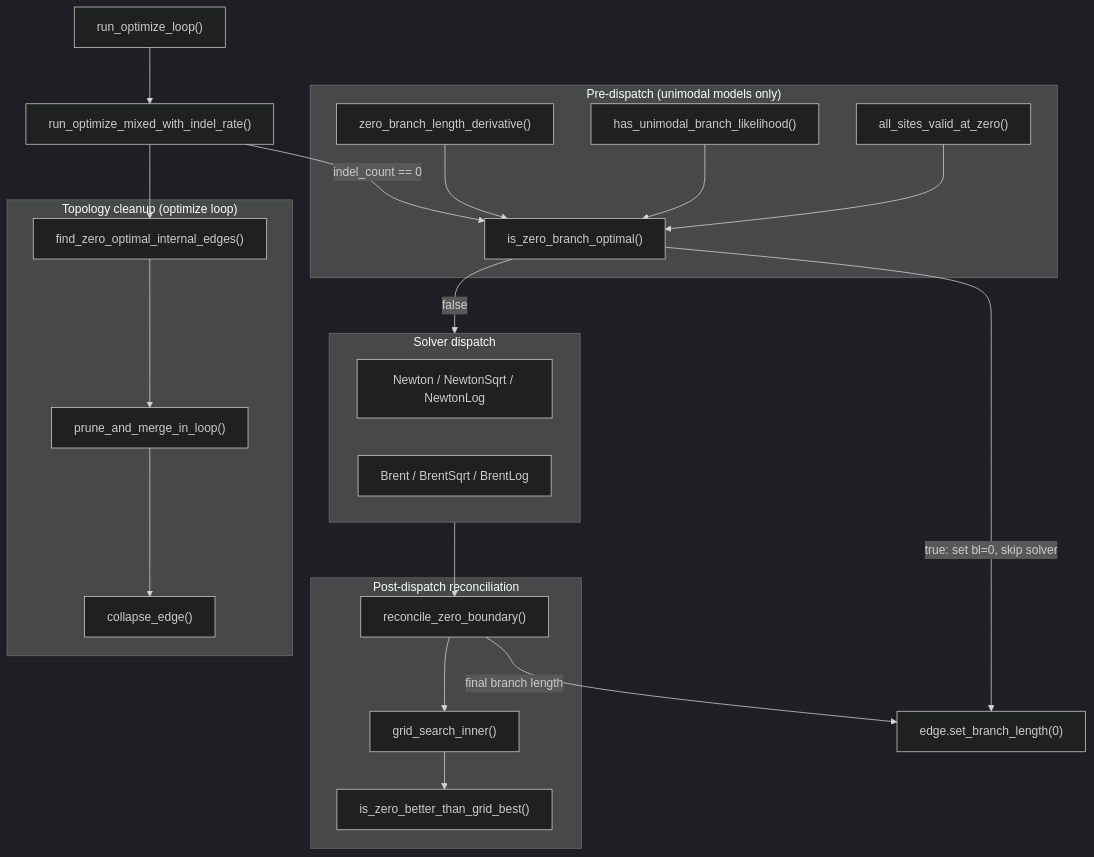
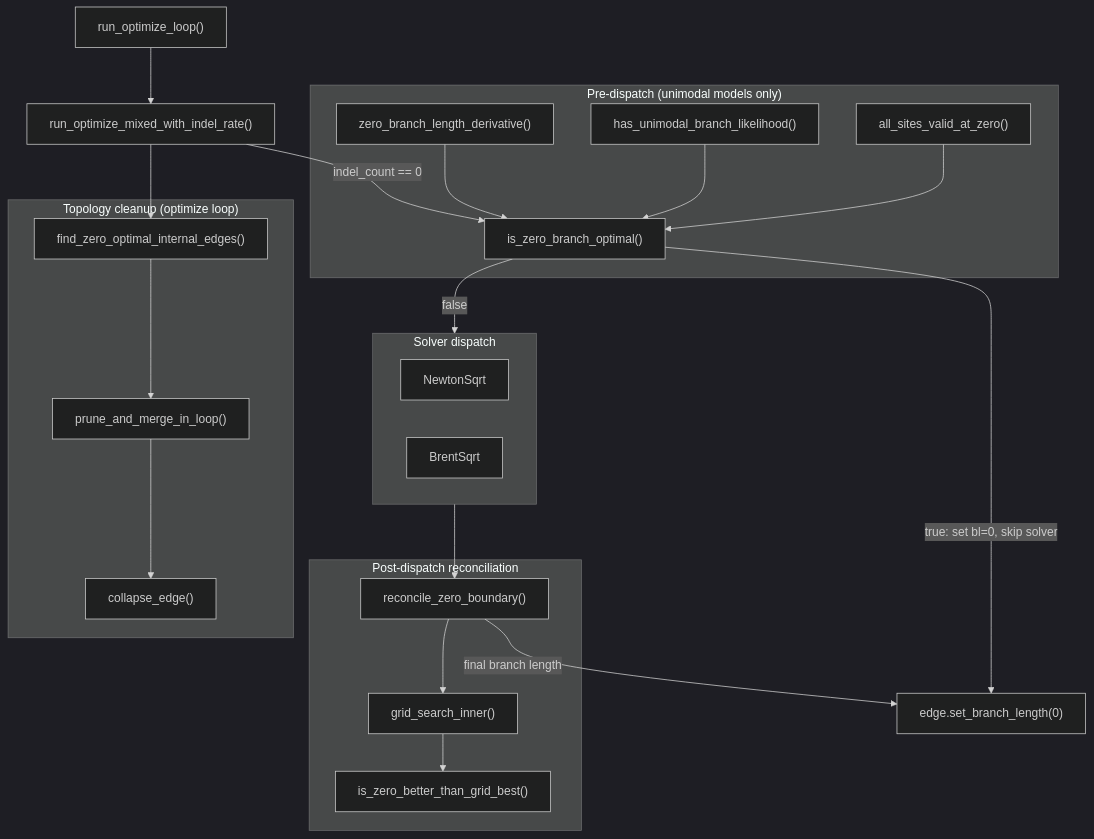
Before and after one commit to neherlab/treetime: the diagram in kb/reports/zero-branch-length-optimization.md, drawn with Mermaid (dark theme). The commit also changed other lines of this file and 6 other files, not shown here.

````diff
--- a/kb/reports/zero-branch-length-optimization.md
+++ b/kb/reports/zero-branch-length-optimization.md
@@ -68,44 +68,44 @@
 ```mermaid
 graph TD
     subgraph pre ["Pre-dispatch (unimodal models only)"]
         valid["all_sites_valid_at_zero()"]
         unimodal["has_unimodal_branch_likelihood()"]
         deriv["zero_branch_length_derivative()"]
         is_zero["is_zero_branch_optimal()"]
         valid --> is_zero
         unimodal --> is_zero
         deriv --> is_zero
     end
 
     subgraph solver ["Solver dispatch"]
-        newton["Newton / NewtonSqrt / NewtonLog"]
-        brent["Brent / BrentSqrt / BrentLog"]
+        newton["NewtonSqrt"]
+        brent["BrentSqrt"]
     end
 
     subgraph post ["Post-dispatch reconciliation"]
         reconcile["reconcile_zero_boundary()"]
         grid["grid_search_inner()"]
         zero_better["is_zero_better_than_grid_best()"]
         reconcile --> grid
         grid --> zero_better
     end
 
     subgraph collapse ["Topology cleanup (optimize loop)"]
         find["find_zero_optimal_internal_edges()"]
         prune["prune_and_merge_in_loop()"]
         coll["collapse_edge()"]
         find --> prune
         prune --> coll
     end
 
     run["run_optimize_mixed_with_indel_rate()"]
     run -->|"indel_count == 0"| is_zero
     is_zero -->|"true: set bl=0, skip solver"| done["edge.set_branch_length(0)"]
     is_zero -->|"false"| solver
     solver --> reconcile
     reconcile -->|"final branch length"| done
 
     loop["run_optimize_loop()"]
     loop --> run
     run --> find
 ```
````
